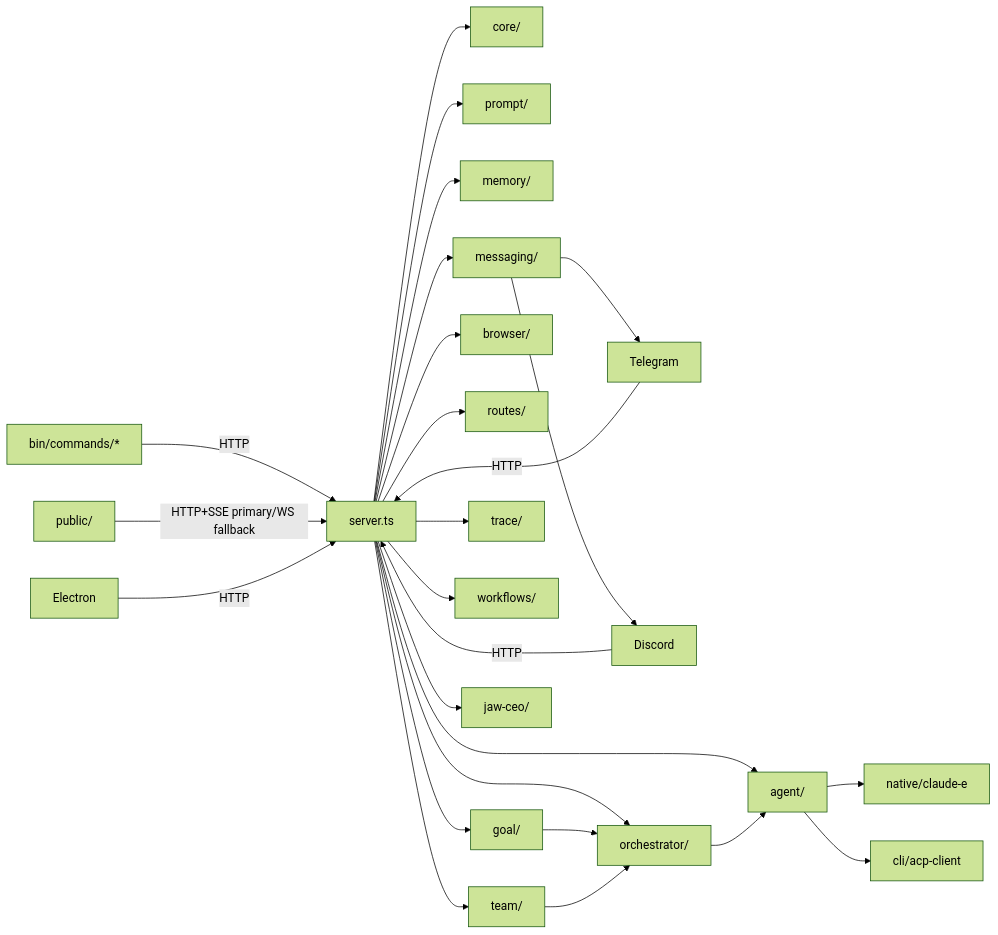
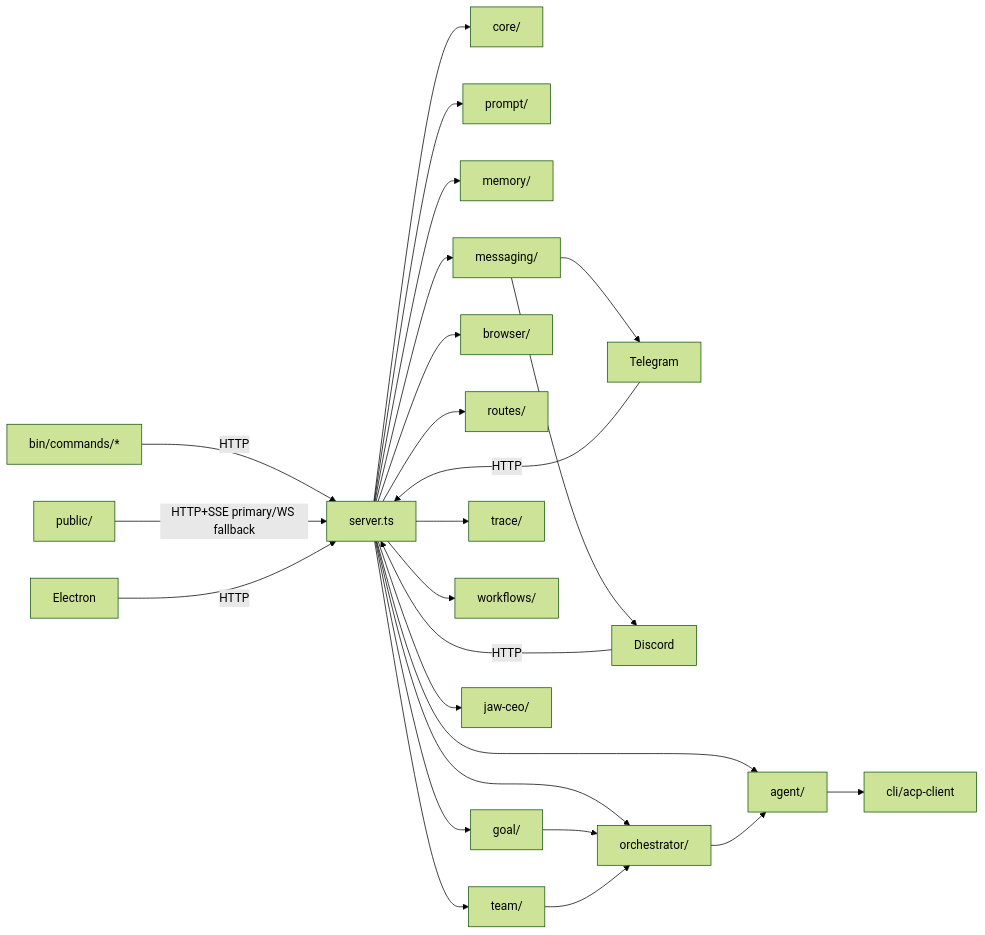
The diagram in structure/str_func.md (lidge-jun/cli-jaw), drawn with Mermaid (forest theme) before and after one commit. The commit also changed other lines of this file and 36 other files, not shown here.

````diff
--- a/structure/str_func.md
+++ b/structure/str_func.md
@@ -675,14 +675,14 @@
 ```mermaid
 graph LR
     CLI["bin/commands/*"] -->|HTTP| SRV["server.ts"]
     WEB["public/"] -->|HTTP+SSE primary/WS fallback| SRV
     TG["Telegram"] & DC["Discord"] & ELEC["Electron"] -->|HTTP| SRV
     SRV --> CORE["core/"] & AGT["agent/"] & ORC["orchestrator/"] & PRM["prompt/"]
     SRV --> MEM["memory/"] & MSG["messaging/"] & BR["browser/"] & RT["routes/"]
     SRV --> GOAL["goal/"] & TRACE["trace/"] & WF["workflows/"] & TEAM["team/"] & CEO["jaw-ceo/"]
-    AGT --> NATIVE["native/claude-e"] & ACP["cli/acp-client"]
+    AGT --> ACP["cli/acp-client"]
     ORC --> AGT
     GOAL --> ORC
     TEAM --> ORC
     MSG --> TG & DC
 ```
````
